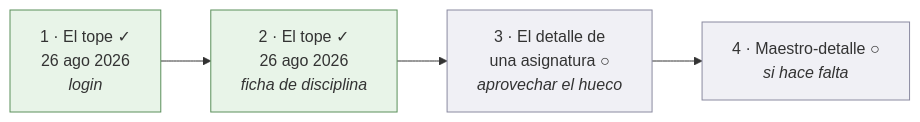
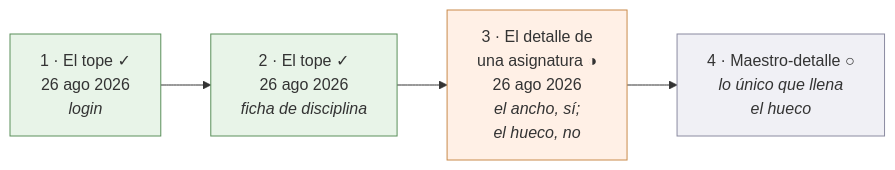
One commit to bluesky777/myvc_flutter changed the second of 2 diagrams in docs/tablets.md. Above: the diagram before and after it, drawn with Mermaid. The commit also changed other lines of this file and 4 other files, not shown here.

First line of the commit message:
feat(tablets): el detalle de una asignatura, mirado de verdad en una tablet

````diff
--- a/docs/tablets.md
+++ b/docs/tablets.md
@@ -61,11 +76,11 @@
 ```mermaid
 flowchart LR
     F1["1 · El tope ✓<br/>26 ago 2026<br/><i>login</i>"] --> F2["2 · El tope ✓<br/>26 ago 2026<br/><i>ficha de disciplina</i>"]
-    F2 --> F3["3 · El detalle de<br/>una asignatura ○<br/><i>aprovechar el hueco</i>"]
-    F3 --> F4["4 · Maestro-detalle ○<br/><i>si hace falta</i>"]
+    F2 --> F3["3 · El detalle de<br/>una asignatura ◑<br/>26 ago 2026<br/><i>el ancho, sí;<br/>el hueco, no</i>"]
+    F3 --> F4["4 · Maestro-detalle ○<br/><i>lo único que llena<br/>el hueco</i>"]
 
     style F1 fill:#e8f4e8,stroke:#5a8f5a
     style F2 fill:#e8f4e8,stroke:#5a8f5a
-    style F3 fill:#f0f0f5,stroke:#8a8aa0
+    style F3 fill:#fff0e6,stroke:#c98a4b
     style F4 fill:#f0f0f5,stroke:#8a8aa0
 ```
````
